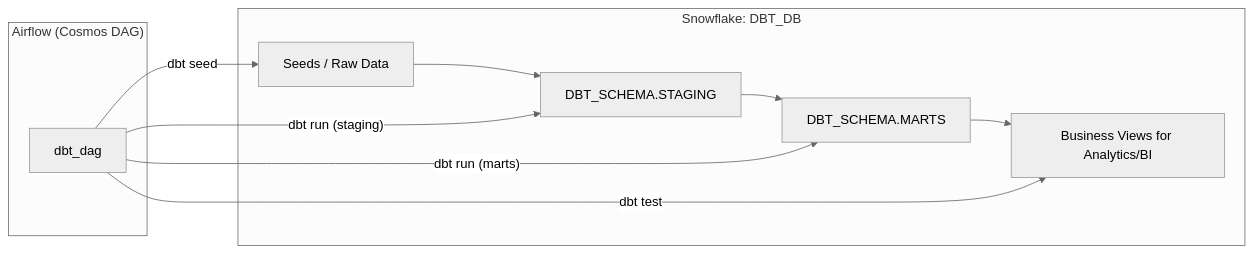
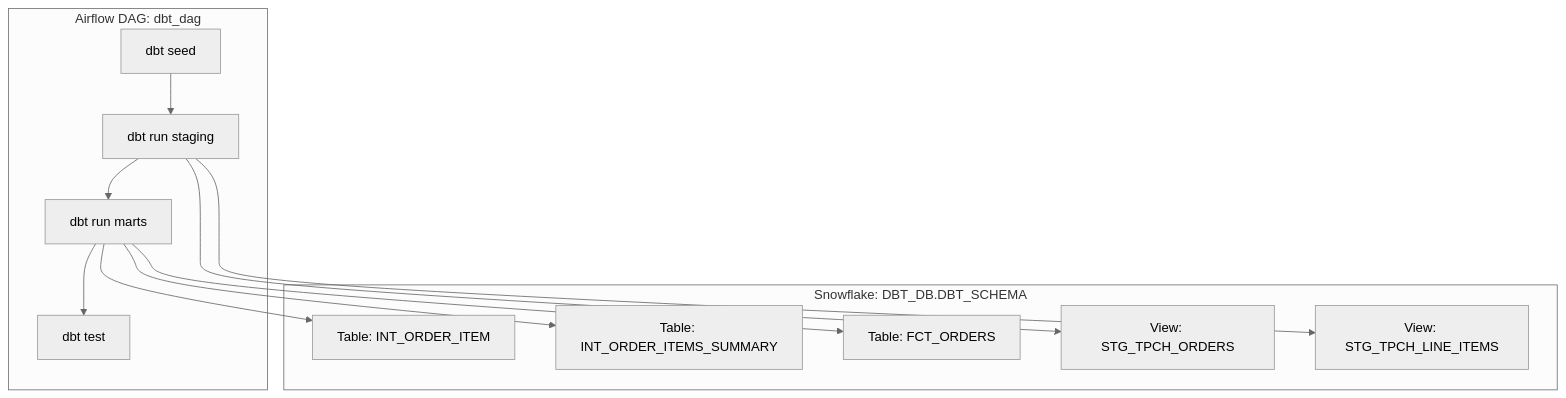
The diagram in README.md (RaisyXu/dbt-snowflake-airflow-demo), drawn with Mermaid (neutral theme) before and after one commit.

````diff
--- a/README.md
+++ b/README.md
@@ -32,20 +32,26 @@
 ```mermaid
-flowchart LR
-  subgraph SF["Snowflake: DBT_DB"]
-    RAW[Seeds / Raw Data]
-    STG[DBT_SCHEMA.STAGING]
-    MARTS[DBT_SCHEMA.MARTS]
-    VIEWS[Business Views for Analytics/BI]
+flowchart TD
+  subgraph Snowflake["Snowflake: DBT_DB.DBT_SCHEMA"]
+    V1[View: STG_TPCH_ORDERS]
+    V2[View: STG_TPCH_LINE_ITEMS]
+    T1[Table: INT_ORDER_ITEM]
+    T2[Table: INT_ORDER_ITEMS_SUMMARY]
+    T3[Table: FCT_ORDERS]
   end
 
-  subgraph AF["Airflow (Cosmos DAG)"]
-    DAG[dbt_dag]
+  subgraph Airflow["Airflow DAG: dbt_dag"]
+    S[dbt seed]
+    ST[dbt run staging]
+    M[dbt run marts]
+    TE[dbt test]
   end
 
-  RAW --> STG --> MARTS --> VIEWS
-  DAG -- "dbt seed" --> RAW
-  DAG -- "dbt run (staging)" --> STG
-  DAG -- "dbt run (marts)" --> MARTS
-  DAG -- "dbt test" --> VIEWS
+  S --> ST --> M --> TE
+  ST --> V1
+  ST --> V2
+  M --> T1
+  M --> T2
+  M --> T3
+
 
 ```
````
